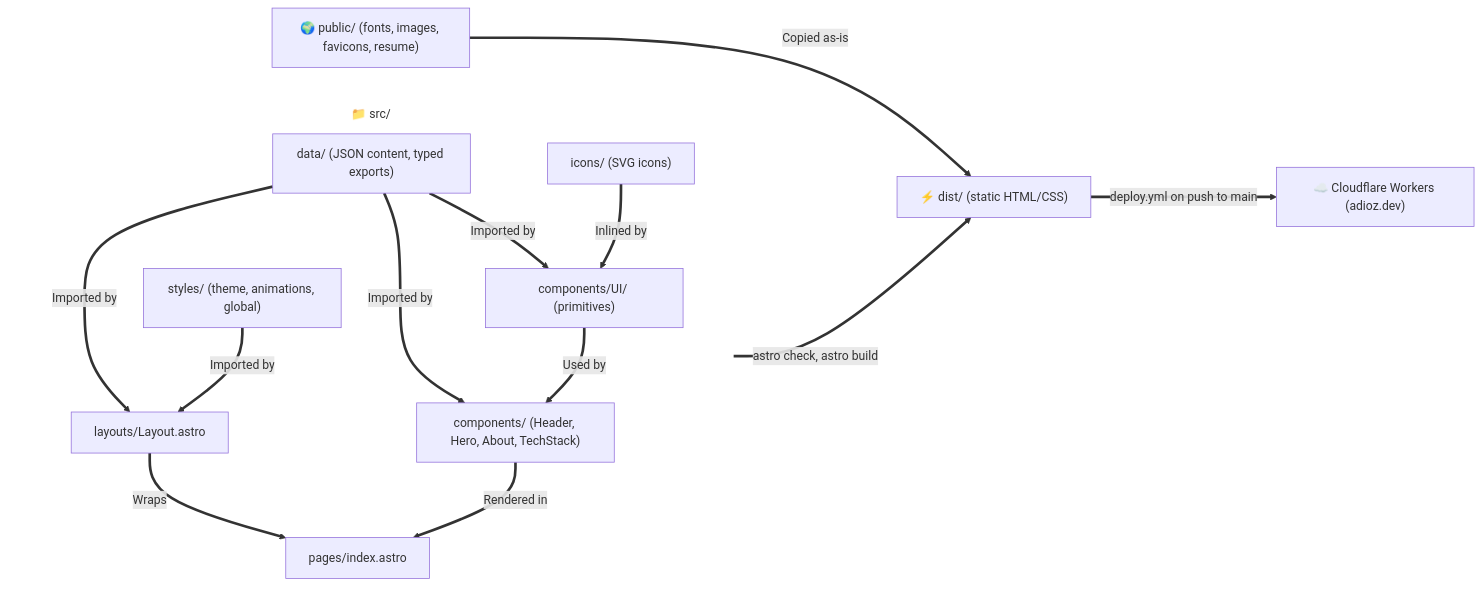
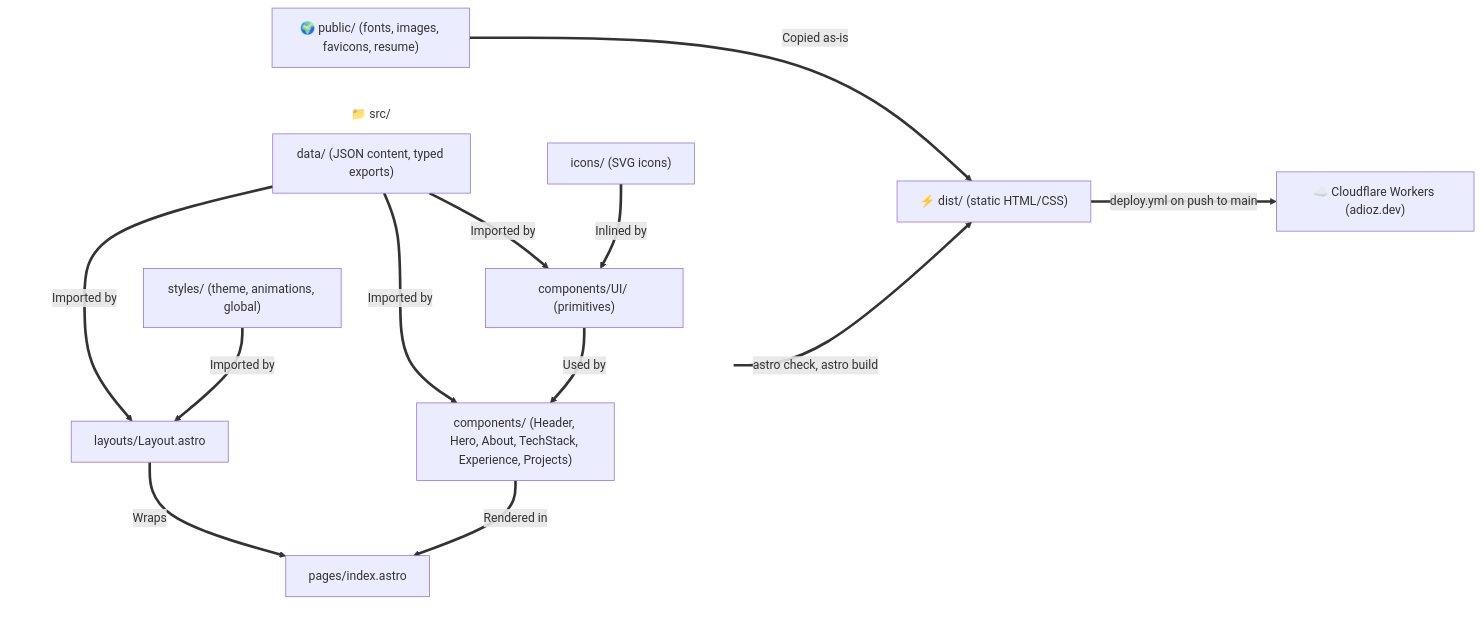
One commit to adiozeshitemi/adioz-profile changed the diagram in docs/architecture.md. Above: the diagram before and after it, drawn with Mermaid. The commit also changed other lines of this file and 1 other file, not shown here.

First line of the commit message:
docs: document the experience and projects sections

````diff
--- a/docs/architecture.md
+++ b/docs/architecture.md
@@ -9,31 +9,31 @@
 ```mermaid
 flowchart LR
     %% Define invisible styling for subgraphs to remove backgrounds and borders
     classDef transparent fill:none,stroke:none;
 
     subgraph Src ["📁 src/"]
         direction TB
         Data["data/ (JSON content, typed exports)"]
         Styles["styles/ (theme, animations, global)"]
         Icons["icons/ (SVG icons)"]
         UI["components/UI/ (primitives)"]
-        Sections["components/ (Header, Hero, About, TechStack)"]
+        Sections["components/ (Header, Hero, About, TechStack, Experience, Projects)"]
         Layout["layouts/Layout.astro"]
         Page["pages/index.astro"]
     end
 
     Icons ==>|Inlined by| UI
     Data ==>|Imported by| UI
     Data ==>|Imported by| Sections
     UI ==>|Used by| Sections
     Data ==>|Imported by| Layout
     Styles ==>|Imported by| Layout
     Sections ==>|Rendered in| Page
     Layout ==>|Wraps| Page
     Page ==>|astro check, astro build| Dist["⚡ dist/ (static HTML/CSS)"]
     Public["🌍 public/ (fonts, images, favicons, resume)"] ==>|Copied as-is| Dist
     Dist ==>|deploy.yml on push to main| Workers["☁️ Cloudflare Workers (adioz.dev)"]
 
     %% Apply transparent class to subgraphs
     class Src transparent;
 ```
````
